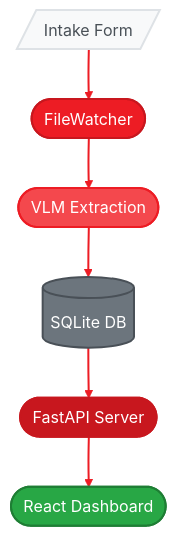
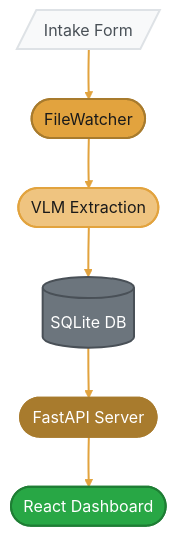
The first of 2 diagrams in docs/playbooks/emr-agent/part-3-architecture.mdx (amd/gaia), drawn with Mermaid before and after one commit. The commit also changed other lines of this file and 37 other files, not shown here.

````diff
--- a/docs/playbooks/emr-agent/part-3-architecture.mdx
+++ b/docs/playbooks/emr-agent/part-3-architecture.mdx
@@ -29,18 +29,18 @@
 ```mermaid
-%%{init: {'theme':'base', 'themeVariables': { 'primaryColor':'#ED1C24', 'primaryTextColor':'#fff', 'primaryBorderColor':'#C8171E', 'lineColor':'#F4484D', 'fontFamily': 'system-ui, -apple-system, sans-serif'}}}%%
+%%{init: {'theme':'base', 'themeVariables': { 'primaryColor':'#E2A33E', 'primaryTextColor':'#1a1a1a', 'primaryBorderColor':'#A87B2D', 'lineColor':'#EFC480', 'fontFamily': 'system-ui, -apple-system, sans-serif'}}}%%
 flowchart TD
     A[/"Intake Form"/] --> B(["FileWatcher"])
     B --> C(["VLM Extraction"])
     C --> D[("SQLite DB")]
     D --> E(["FastAPI Server"])
     E --> F(["React Dashboard"])
 
     style A fill:#f8f9fa,stroke:#dee2e6,stroke-width:2px,color:#495057
-    style B fill:#ED1C24,stroke:#C8171E,stroke-width:2px,color:#fff
-    style C fill:#F4484D,stroke:#ED1C24,stroke-width:2px,color:#fff
+    style B fill:#E2A33E,stroke:#A87B2D,stroke-width:2px,color:#1a1a1a
+    style C fill:#EFC480,stroke:#E2A33E,stroke-width:2px,color:#1a1a1a
     style D fill:#6c757d,stroke:#495057,stroke-width:2px,color:#fff
-    style E fill:#C8171E,stroke:#C8171E,stroke-width:2px,color:#fff
+    style E fill:#A87B2D,stroke:#A87B2D,stroke-width:2px,color:#fff
     style F fill:#28a745,stroke:#1e7e34,stroke-width:2px,color:#fff
 
-    linkStyle 0,1,2,3,4 stroke:#ED1C24,stroke-width:2px
+    linkStyle 0,1,2,3,4 stroke:#E2A33E,stroke-width:2px
 ```
````
